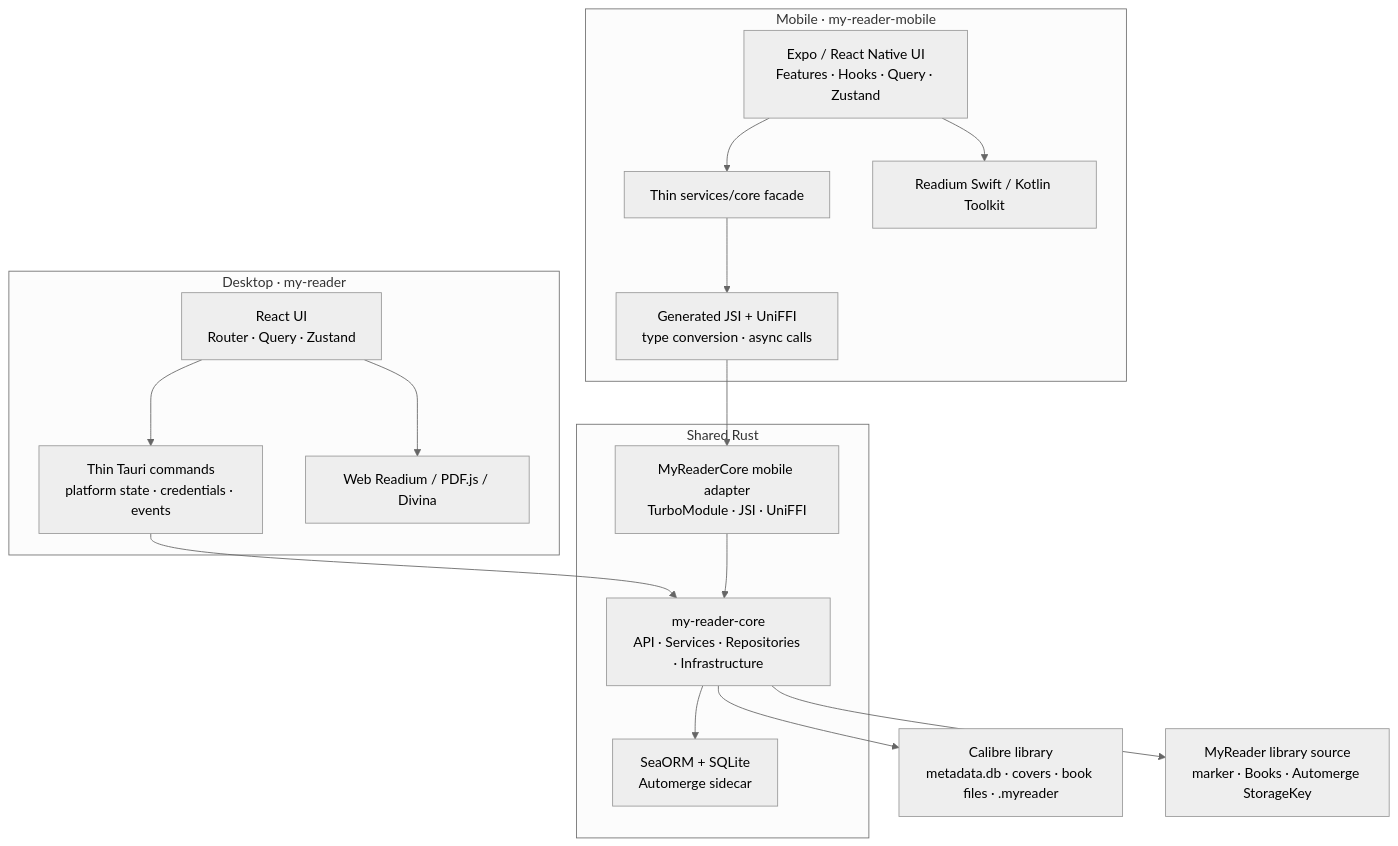
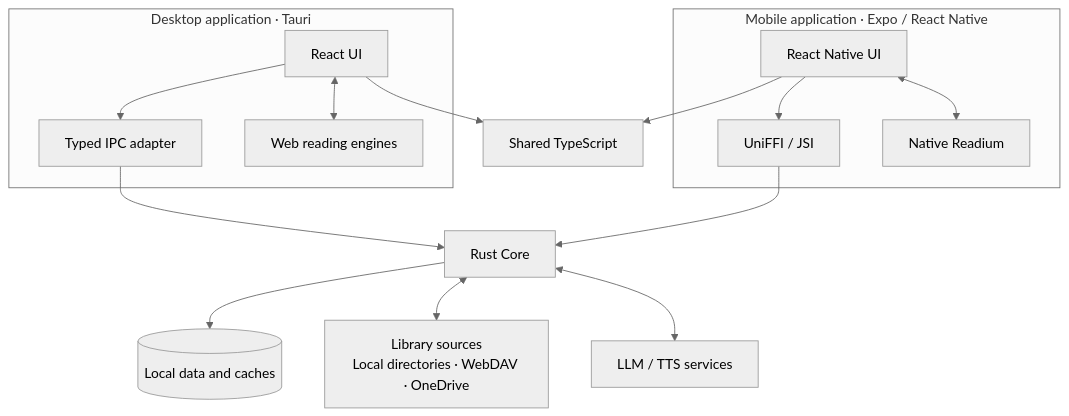
Before and after one commit to RyouMon/MyReader: the first of 7 diagrams in docs/ARCHITECTURE_EN.md, drawn with Mermaid (neutral theme). The commit also changed other lines of this file and 1 other file, not shown here.

Commit message:
docs: refocus architecture on runtime flows

````diff
--- a/docs/ARCHITECTURE_EN.md
+++ b/docs/ARCHITECTURE_EN.md
@@ -21,32 +13,29 @@
 ```mermaid
 flowchart TB
-    Calibre["Calibre library<br/>metadata.db · covers · book files · .myreader"]
-    Managed["MyReader library source<br/>marker · Books · Automerge StorageKey"]
-
-    subgraph Desktop["Desktop · my-reader"]
-        DesktopUI["React UI<br/>Router · Query · Zustand"]
-        Tauri["Thin Tauri commands<br/>platform state · credentials · events"]
-        DesktopReader["Web Readium / PDF.js / Divina"]
+    subgraph Desktop["Desktop application · Tauri"]
+        DUI["React UI"]
+        DBridge["Typed IPC adapter"]
+        DReader["Web reading engines"]
+        DUI --> DBridge
+        DUI <--> DReader
     end
-
-    subgraph Mobile["Mobile · my-reader-mobile"]
-        MobileUI["Expo / React Native UI<br/>Features · Hooks · Query · Zustand"]
-        Facade["Thin services/core facade"]
-        Binding["Generated JSI + UniFFI<br/>type conversion · async calls"]
-        NativeReader["Readium Swift / Kotlin Toolkit"]
+    subgraph Mobile["Mobile application · Expo / React Native"]
+        MUI["React Native UI"]
+        MBridge["UniFFI / JSI"]
+        MReader["Native Readium"]
+        MUI --> MBridge
+        MUI <--> MReader
     end
-
-    subgraph SharedRust["Shared Rust"]
-        Components["MyReaderCore mobile adapter<br/>TurboModule · JSI · UniFFI"]
-        Core["my-reader-core<br/>API · Services · Repositories · Infrastructure"]
-        Sidecar["SeaORM + SQLite<br/>Automerge sidecar"]
-    end
-
-    DesktopUI --> Tauri --> Core
-    DesktopUI --> DesktopReader
-    MobileUI --> Facade --> Binding --> Components --> Core
-    MobileUI --> NativeReader
-    Core --> Sidecar
-    Core --> Calibre
-    Core --> Managed
+    Shared["Shared TypeScript"]
+    Core["Rust Core"]
+    Local[("Local data and caches")]
+    Sources["Library sources<br/>Local directories · WebDAV · OneDrive"]
+    AI["LLM / TTS services"]
+    DUI --> Shared
+    MUI --> Shared
+    DBridge --> Core
+    MBridge --> Core
+    Core --> Local
+    Core <--> Sources
+    Core <--> AI
 ```
````
